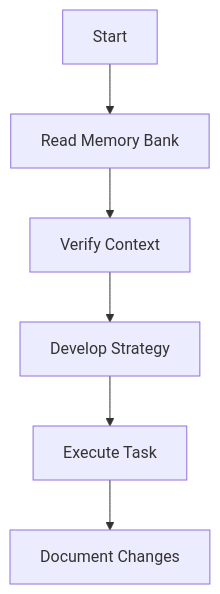
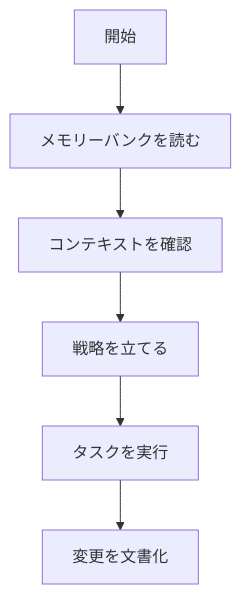
Before and after one commit to y-ichiuji/jam-checker: the second of 3 diagrams in memory-bank/memory-bank.md, drawn with Mermaid. The commit also changed other lines of this file, not shown here.

Commit message:
update: memory-bank.mdを日本語に変更

````diff
--- a/memory-bank/memory-bank.md
+++ b/memory-bank/memory-bank.md
@@ -77,8 +77,8 @@
 ```mermaid
 flowchart TD
-  Start[Start] --> ReadFiles[Read Memory Bank]
-  ReadFiles --> Verify[Verify Context]
-  Verify --> Strategy[Develop Strategy]
-  Strategy --> Execute[Execute Task]
-  Execute --> Document[Document Changes]
+  Start[開始] --> ReadFiles[メモリーバンクを読む]
+  ReadFiles --> Verify[コンテキストを確認]
+  Verify --> Strategy[戦略を立てる]
+  Strategy --> Execute[タスクを実行]
+  Execute --> Document[変更を文書化]
 ```
````
